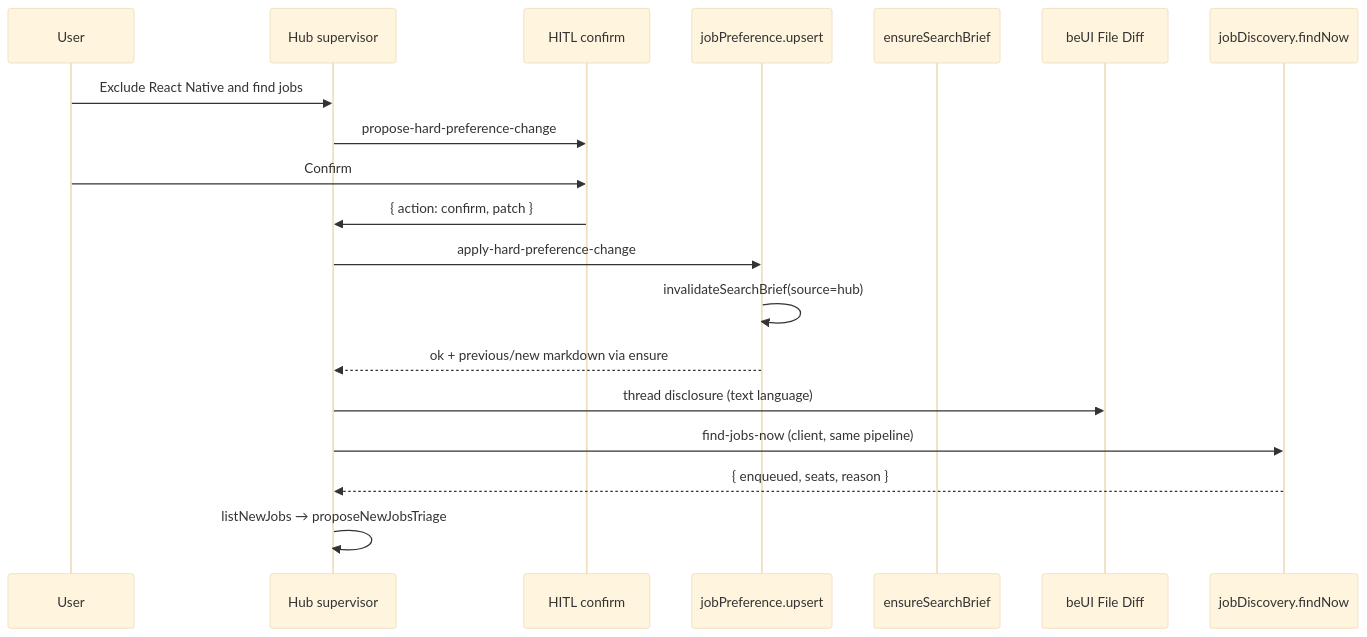
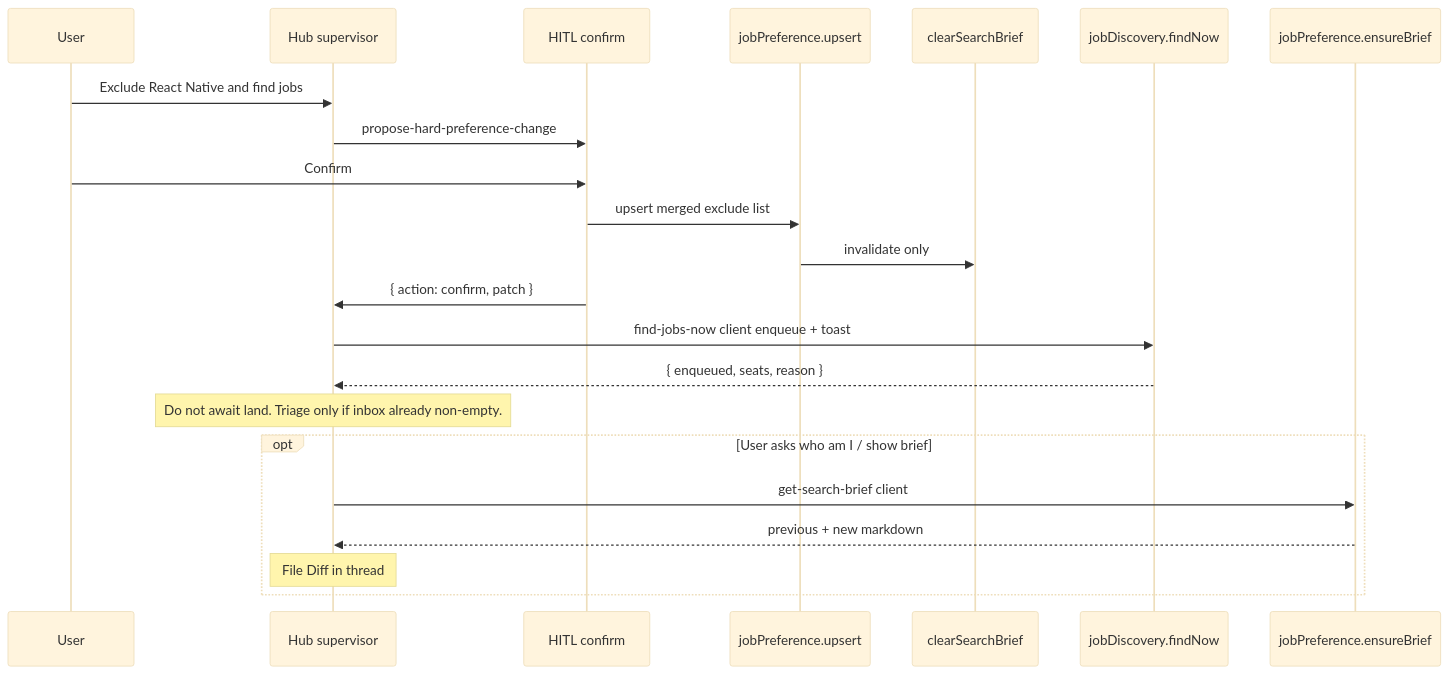
Before and after one commit to salahmohsen/devstack: the second of 3 diagrams in docs/superpowers/specs/2026-08-16-search-brief-hub-operator-design.md, drawn with Mermaid (base theme). The commit also changed other lines of this file and 3 other files, not shown here.

````diff
--- a/docs/superpowers/specs/2026-08-16-search-brief-hub-operator-design.md
+++ b/docs/superpowers/specs/2026-08-16-search-brief-hub-operator-design.md
@@ -593,22 +713,25 @@
 ```mermaid
 sequenceDiagram
   participant U as User
   participant H as Hub supervisor
   participant Card as HITL confirm
-  participant API as jobPreference.upsert
-  participant Brief as ensureSearchBrief
-  participant Diff as beUI File Diff
+  participant RPC as jobPreference.upsert
+  participant Inv as clearSearchBrief
   participant FN as jobDiscovery.findNow
+  participant Brief as jobPreference.ensureBrief
 
   U->>H: Exclude React Native and find jobs
   H->>Card: propose-hard-preference-change
   U->>Card: Confirm
+  Card->>RPC: upsert merged exclude list
+  RPC->>Inv: invalidate only
   Card->>H: { action: confirm, patch }
-  H->>API: apply-hard-preference-change
-  API->>API: invalidateSearchBrief(source=hub)
-  API-->>H: ok + previous/new markdown via ensure
-  H->>Diff: thread disclosure (text language)
-  H->>FN: find-jobs-now (client, same pipeline)
+  H->>FN: find-jobs-now client enqueue + toast
   FN-->>H: { enqueued, seats, reason }
-  H->>H: listNewJobs → proposeNewJobsTriage
+  Note over H: Do not await land. Triage only if inbox already non-empty.
+  opt User asks who am I / show brief
+    H->>Brief: get-search-brief client
+    Brief-->>H: previous + new markdown
+    Note over H: File Diff in thread
+  end
 ```
````
